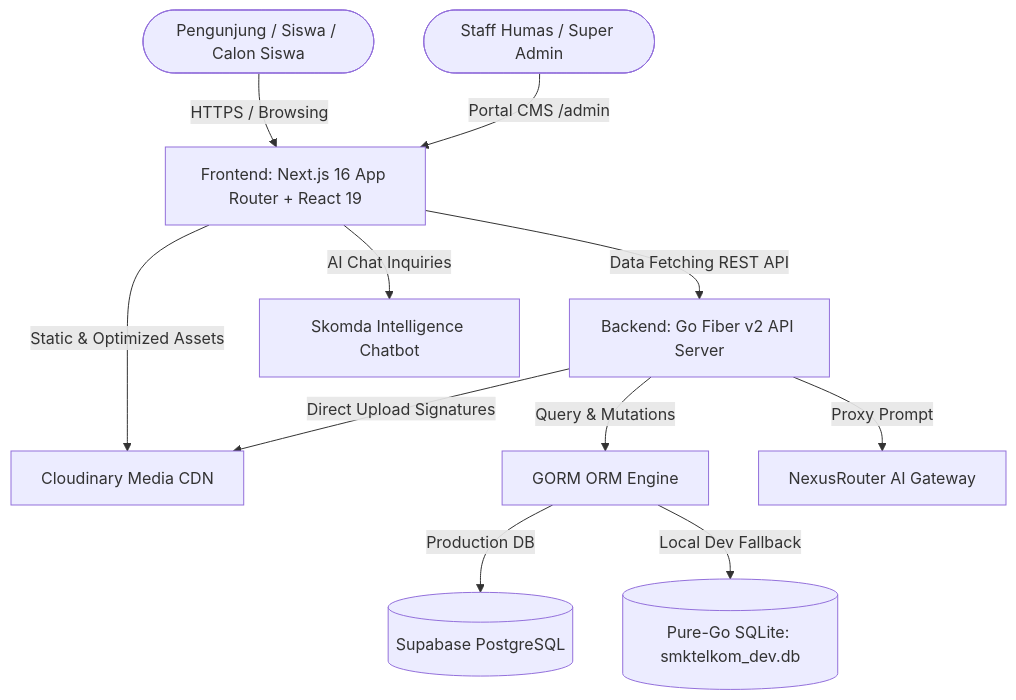
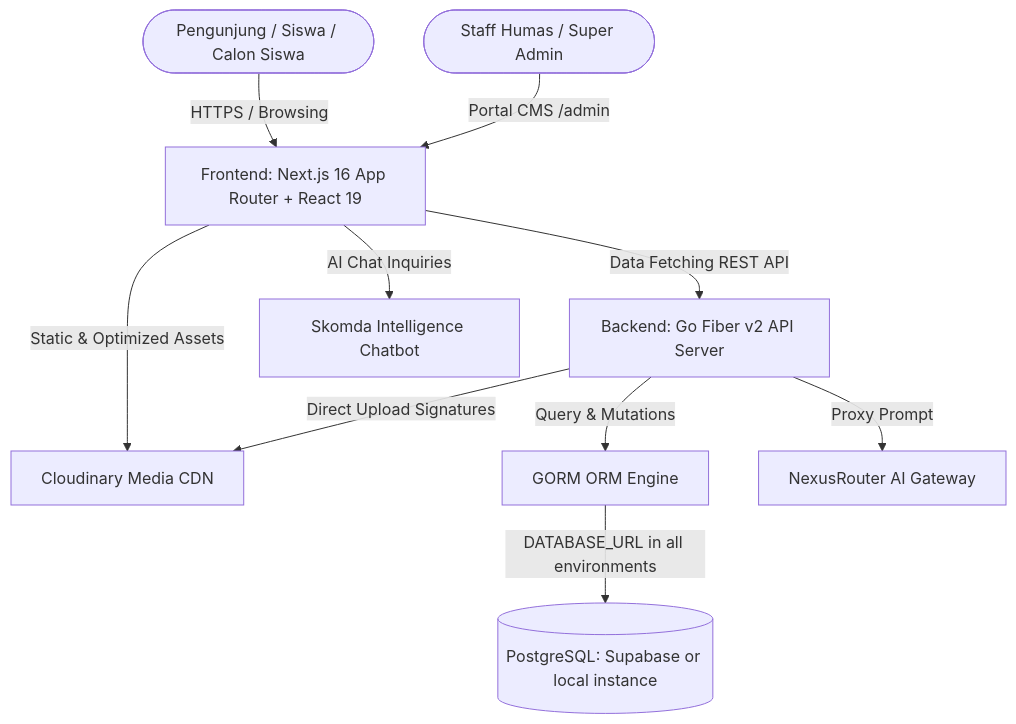
The first of 2 diagrams in README.md (Haristhropic/Skomda-website), drawn with Mermaid before and after one commit. The commit also changed other lines of this file and 20 other files, not shown here.

````diff
--- a/README.md
+++ b/README.md
@@ -40,16 +42,15 @@
 ```mermaid
 graph TD
     User([Pengunjung / Siswa / Calon Siswa]) -->|HTTPS / Browsing| FE[Frontend: Next.js 16 App Router + React 19]
     Admin([Staff Humas / Super Admin]) -->|Portal CMS /admin| FE
     
     FE -->|Data Fetching REST API| BE[Backend: Go Fiber v2 API Server]
     FE -->|Static & Optimized Assets| CDN[Cloudinary Media CDN]
     FE -->|AI Chat Inquiries| Chatbot[Skomda Intelligence Chatbot]
     
     BE -->|Query & Mutations| GORM[GORM ORM Engine]
-    GORM -->|Production DB| PG[(Supabase PostgreSQL)]
-    GORM -->|Local Dev Fallback| SQLite[(Pure-Go SQLite: smktelkom_dev.db)]
+    GORM -->|DATABASE_URL in all environments| PG[(PostgreSQL: Supabase or local instance)]
     
     BE -->|Proxy Prompt| AI[NexusRouter AI Gateway]
     BE -->|Direct Upload Signatures| CDN
 ```
````
